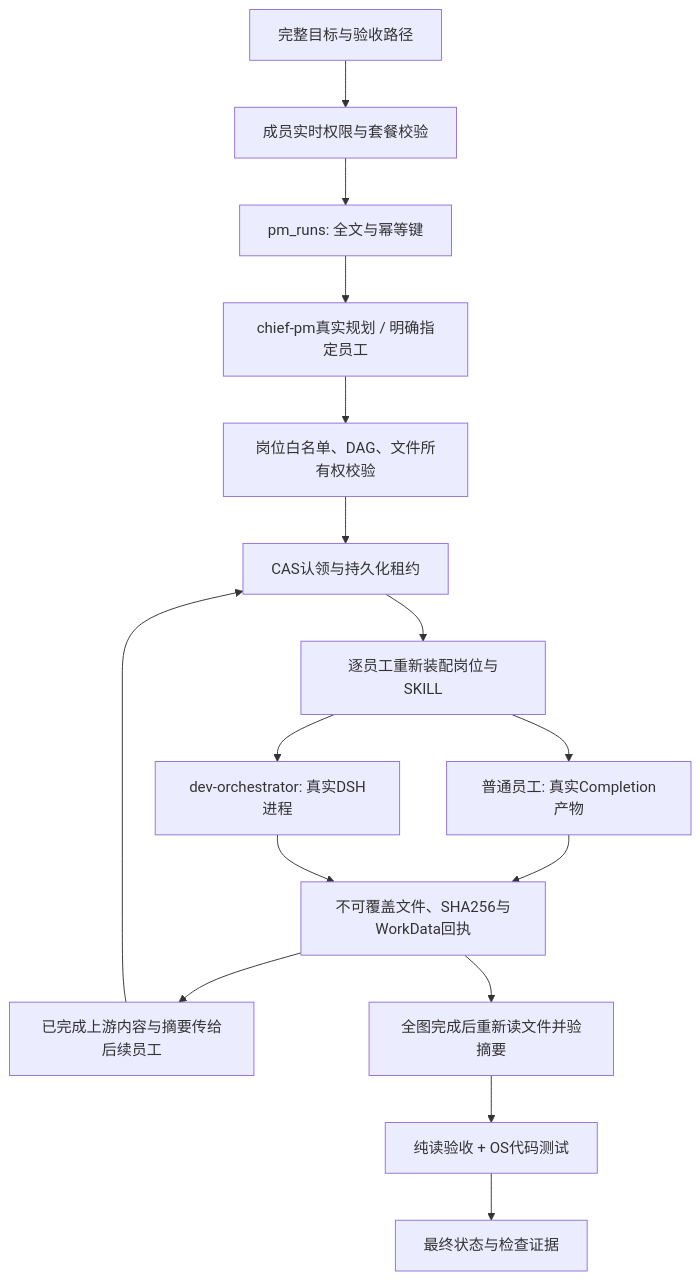
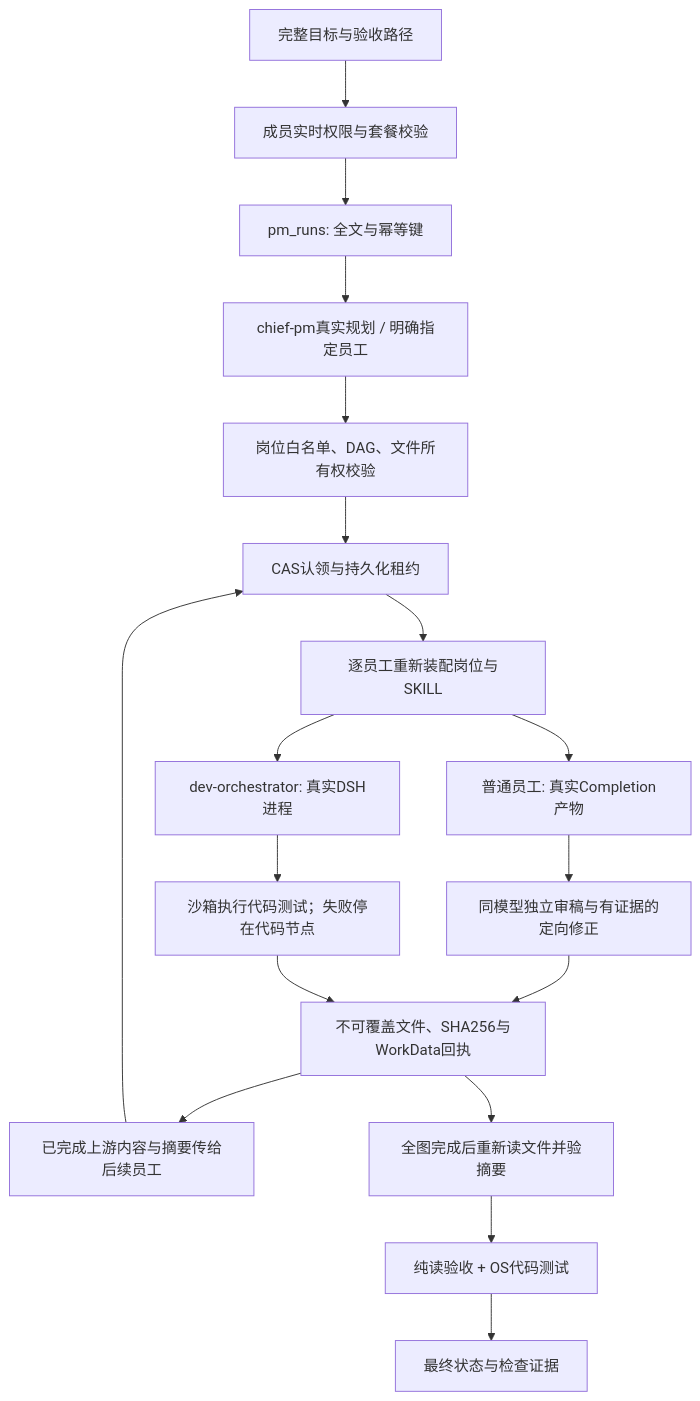
One commit to geniusdapeng-collab/WorkLoom-PMtest changed the second of 2 diagrams in docs/PM-DELIVERY.md. Above: the diagram before and after it, drawn with Mermaid. The commit also changed 11 other files, not shown here.

````diff
--- a/docs/PM-DELIVERY.md
+++ b/docs/PM-DELIVERY.md
@@ -49,18 +49,20 @@
 ```mermaid
 flowchart TD
   U[完整目标与验收路径] --> H[成员实时权限与套餐校验]
   H --> DB[pm_runs: 全文与幂等键]
   DB --> C[chief-pm真实规划 / 明确指定员工]
   C --> V[岗位白名单、DAG、文件所有权校验]
   V --> R[CAS认领与持久化租约]
   R --> S[逐员工重新装配岗位与SKILL]
   S --> O[普通员工: 真实Completion产物]
   S --> D[dev-orchestrator: 真实DSH进程]
-  O --> F[不可覆盖文件、SHA256与WorkData回执]
-  D --> F
+  O --> J[同模型独立审稿与有证据的定向修正]
+  D --> K[沙箱执行代码测试；失败停在代码节点]
+  J --> F[不可覆盖文件、SHA256与WorkData回执]
+  K --> F
   F --> N[已完成上游内容与摘要传给后续员工]
   N --> R
   F --> Q[全图完成后重新读文件并验摘要]
   Q --> T[纯读验收 + OS代码测试]
   T --> Z[最终状态与检查证据]
 ```
````
